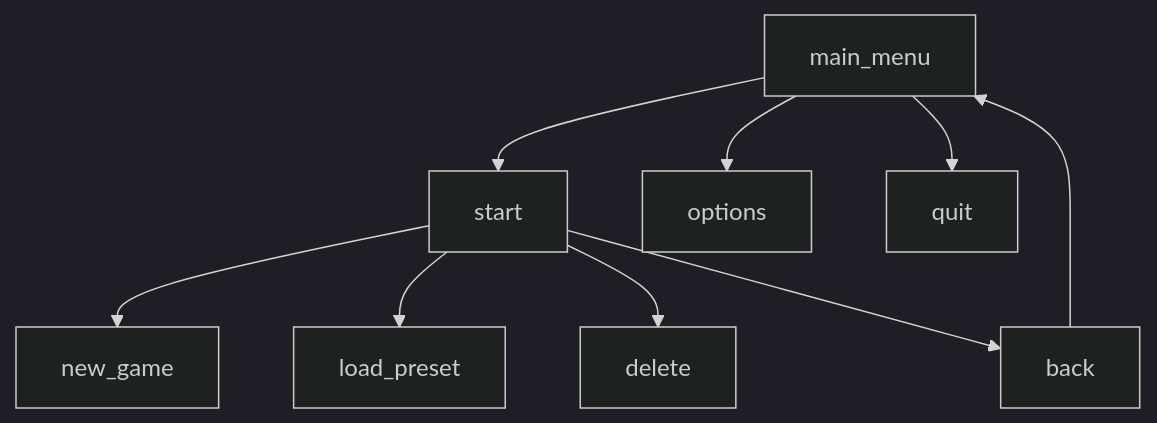
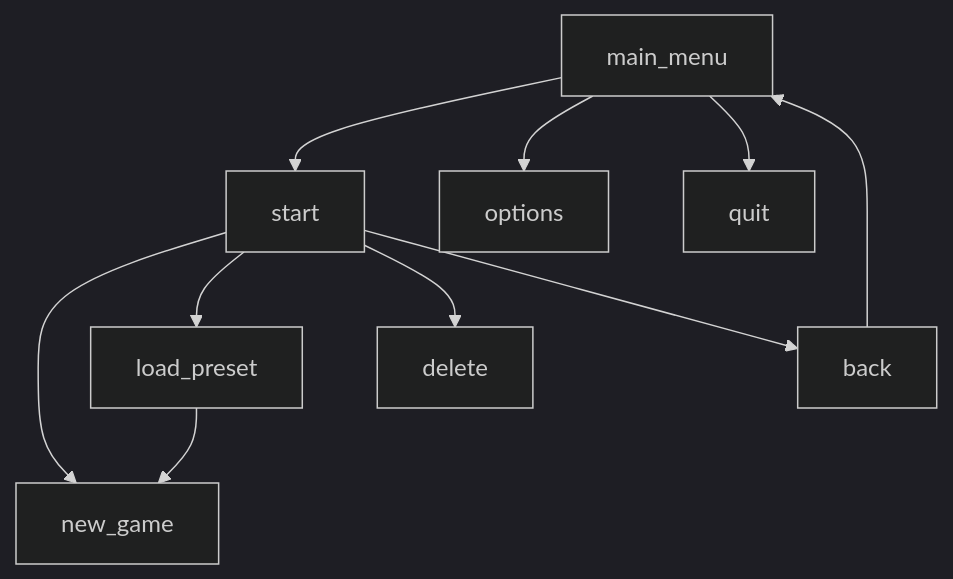
The diagram in README.md (Hohenzoler/optyka), drawn with Mermaid (dark theme) before and after one commit.

````diff
--- a/README.md
+++ b/README.md
@@ -63,11 +63,12 @@
 ```mermaid
 graph TD;
     main_menu-->start;
     main_menu-->options;
     main_menu-->quit;
     start-->new_game;
     start-->load_preset;
     start-->delete;
     start-->back;
     back-->main_menu;
+    load_preset-->new_game;
 ```
````
